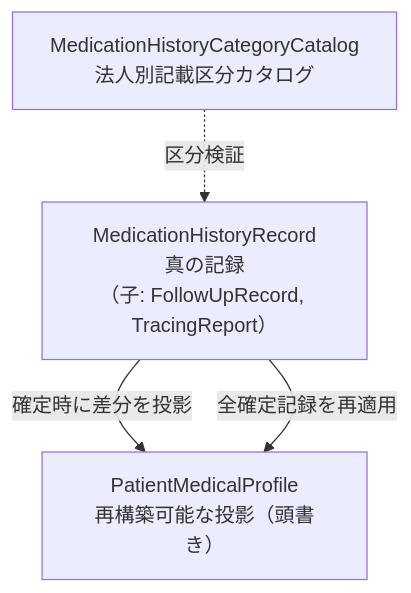
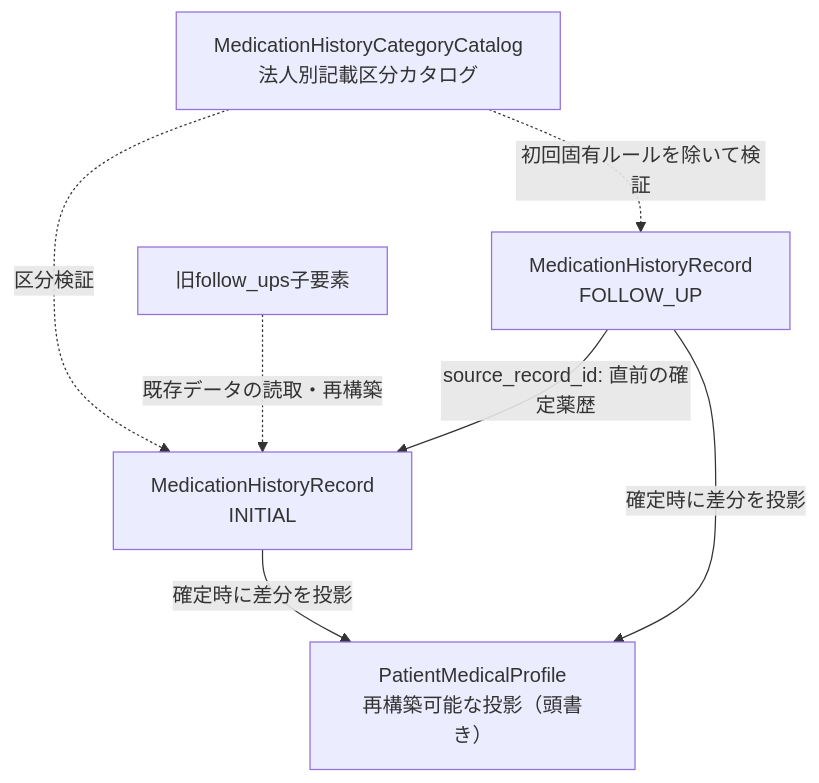
One commit to SatohaCC/PharmacyDomain changed the diagram in docs/ddd/medication_history.md. Above: the diagram before and after it, drawn with Mermaid. The commit also changed other lines of this file and 44 other files, not shown here.

Commit message:
feat: add cross-store medication follow-ups

````diff
--- a/docs/ddd/medication_history.md
+++ b/docs/ddd/medication_history.md
@@ -22,6 +22,9 @@
 ```mermaid
 flowchart TD
-    R[MedicationHistoryRecord<br>真の記録<br>（子: FollowUpRecord, TracingReport）] -->|確定時に差分を投影| P[PatientMedicalProfile<br>再構築可能な投影（頭書き）]
-    R -->|全確定記録を再適用| P
-    C[MedicationHistoryCategoryCatalog<br>法人別記載区分カタログ] -.->|区分検証| R
+    I[MedicationHistoryRecord<br>INITIAL] -->|確定時に差分を投影| P[PatientMedicalProfile<br>再構築可能な投影（頭書き）]
+    F[MedicationHistoryRecord<br>FOLLOW_UP] -->|source_record_id: 直前の確定薬歴| I
+    F -->|確定時に差分を投影| P
+    L[旧follow_ups子要素] -.->|既存データの読取・再構築| I
+    C[MedicationHistoryCategoryCatalog<br>法人別記載区分カタログ] -.->|区分検証| I
+    C -.->|初回固有ルールを除いて検証| F
 ```
````
